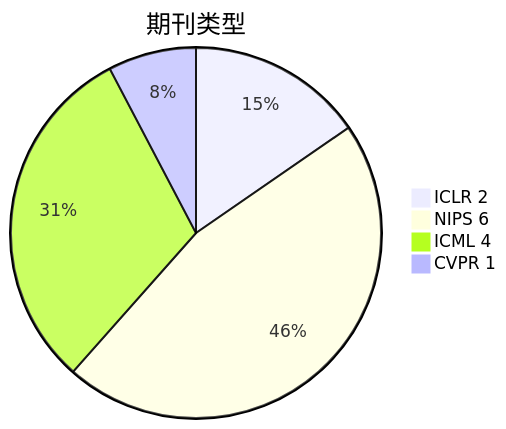
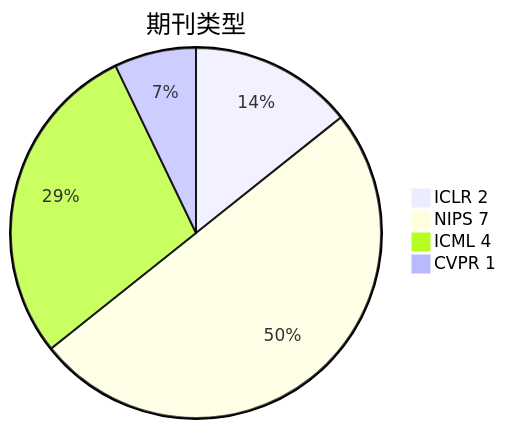
The second of 5 diagrams in Base_Model/GAN+VAE+Diffusion/analyse.md (Elephant-King9/Paper), drawn with Mermaid before and after one commit. The commit also changed other lines of this file and 2 other files, not shown here.

````diff
--- a/Base_Model/GAN+VAE+Diffusion/analyse.md
+++ b/Base_Model/GAN+VAE+Diffusion/analyse.md
@@ -46,7 +48,7 @@
 ```mermaid
 pie title 期刊类型
     "ICLR 2" : 2
-    "NIPS 6" : 6
+    "NIPS 7" : 7
     "ICML 4" : 4
     "CVPR 1" : 1
 ```
````
